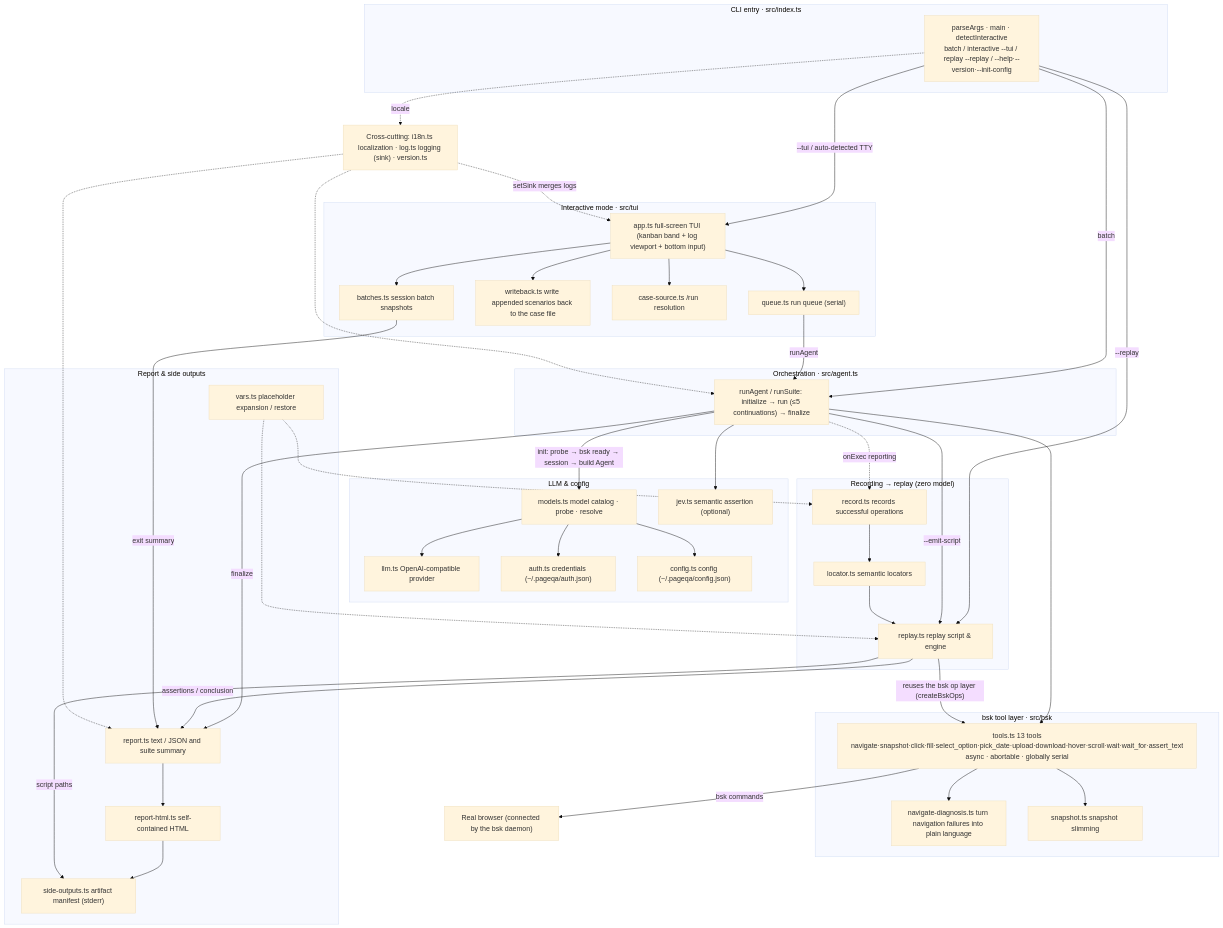
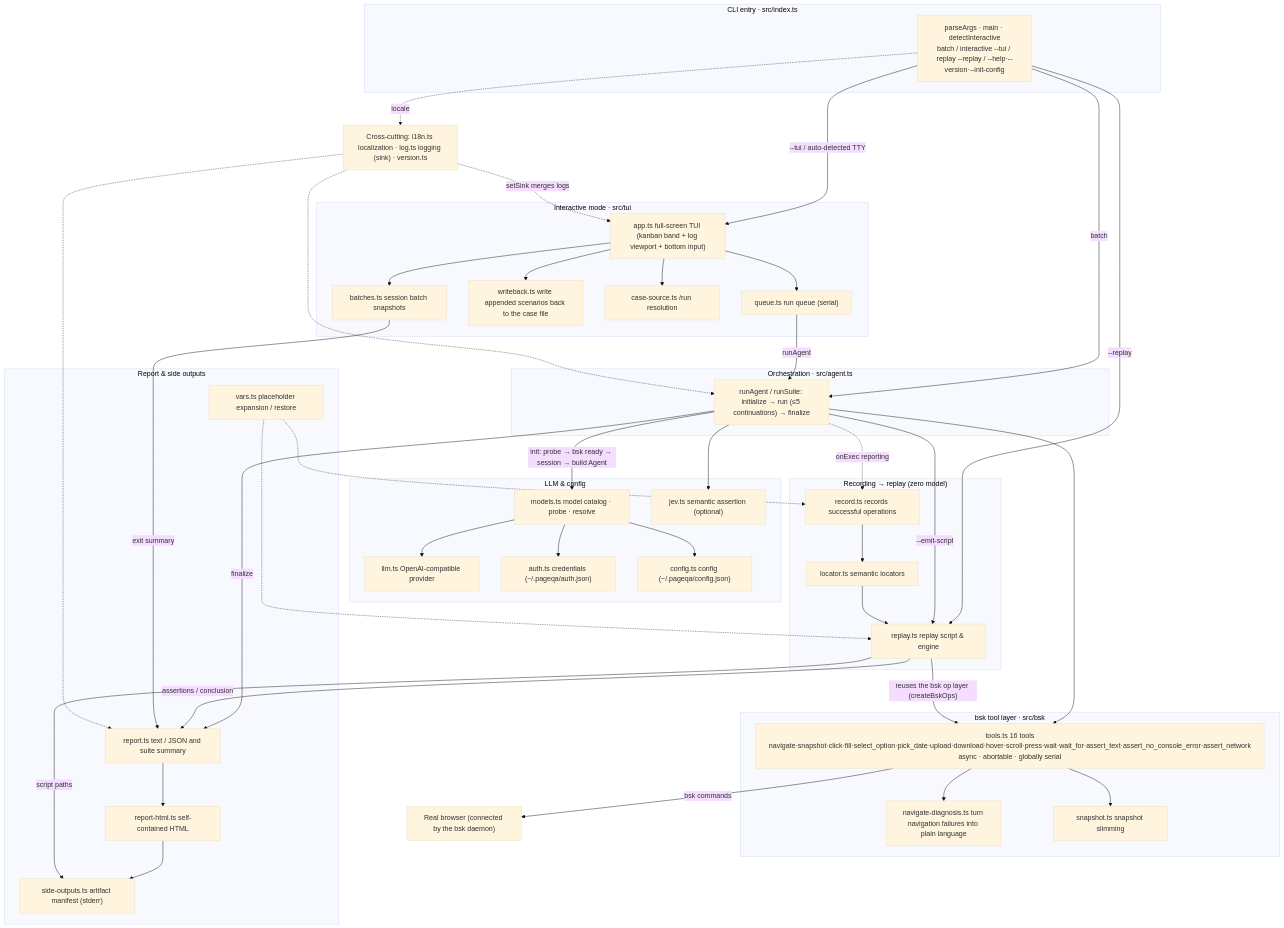
Before and after one commit to klren0312/pageqa: the diagram in README.md, drawn with Mermaid (base theme). The commit also changed other lines of this file and 14 other files, not shown here.

First line of the commit message:
feat(bsk): press 键盘工具、原生对话框回显与浏览器侧断言（console / network）

```diff
--- a/README.md
+++ b/README.md
@@ -257,7 +257,7 @@
   end
 
   subgraph BSK["bsk tool layer · src/bsk"]
-    TOOLS["tools.ts 13 tools<br/>navigate·snapshot·click·fill·select_option·pick_date·upload·download·hover·scroll·wait·wait_for·assert_text<br/>async · abortable · globally serial"]
+    TOOLS["tools.ts 16 tools<br/>navigate·snapshot·click·fill·select_option·pick_date·upload·download·hover·scroll·press·wait·wait_for·assert_text·assert_no_console_error·assert_network<br/>async · abortable · globally serial"]
     DIAG["navigate-diagnosis.ts turn navigation failures into plain language"]
     SNAP["snapshot.ts snapshot slimming"]
   end
```
